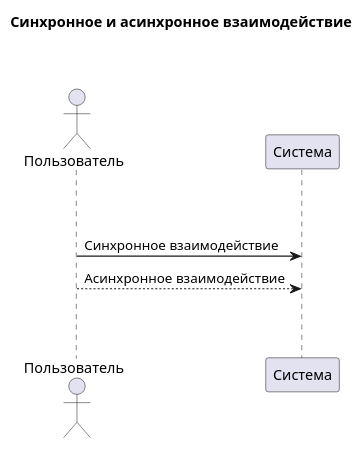
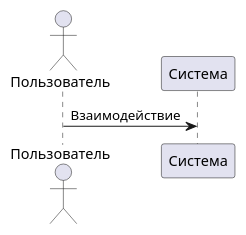
The diagram in lessons/start/interaction.puml (ramdirt/plantuml-course), drawn with PlantUML before and after one commit. The commit also changed 15 other files, not shown here.

```diff
--- a/lessons/start/interaction.puml
+++ b/lessons/start/interaction.puml
@@ -1,26 +1,9 @@
-@startuml Взаимодействие
+@startuml Основы
 
-title Синхронное и асинхронное взаимодействие
-
-<style>
-document {
-  Margin 50
-}
-</style>
-
-
-'__ АКТОРЫ __
 actor "Пользователь" as User
 participant "Система" as System
 
-||50||
 
-User -> System: Синхронное взаимодействие
-User --> System: Асинхронное взаимодействие
-
-||50||
-
-
-
+User -> System : Взаимодействие
 
 @enduml
```
